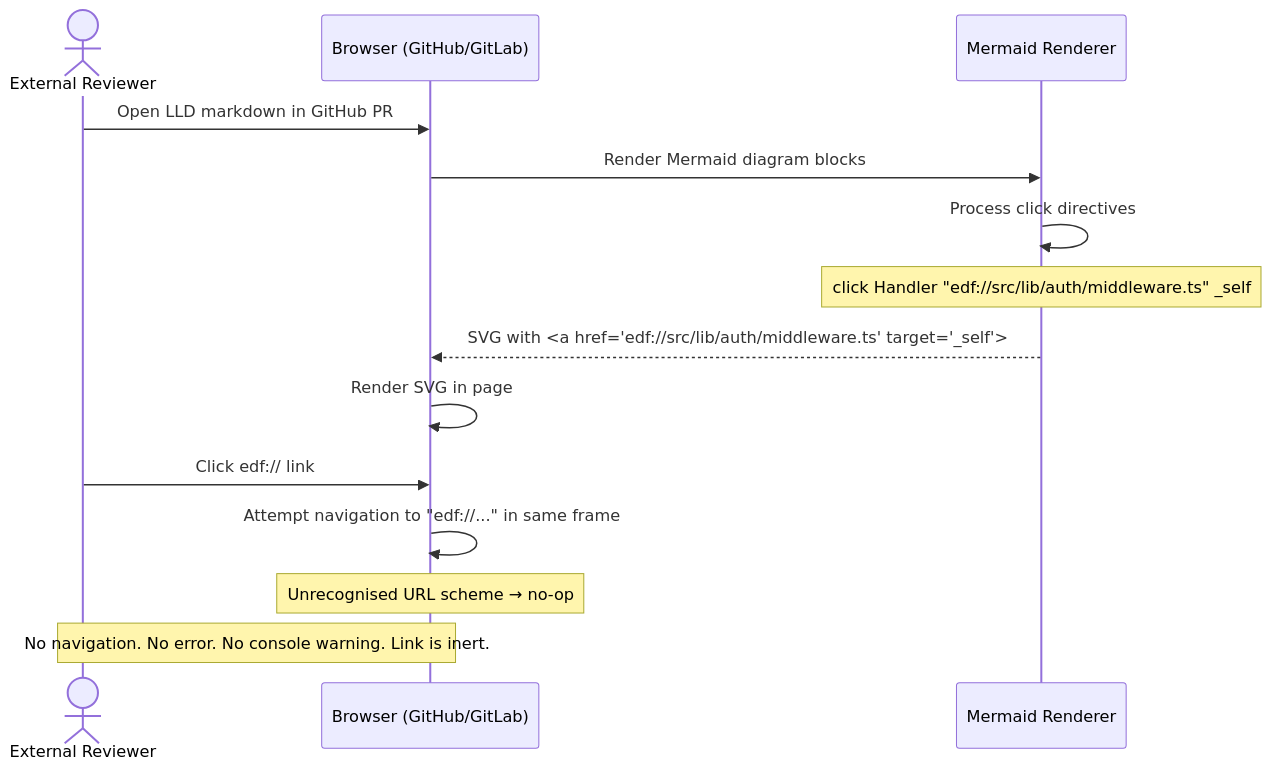
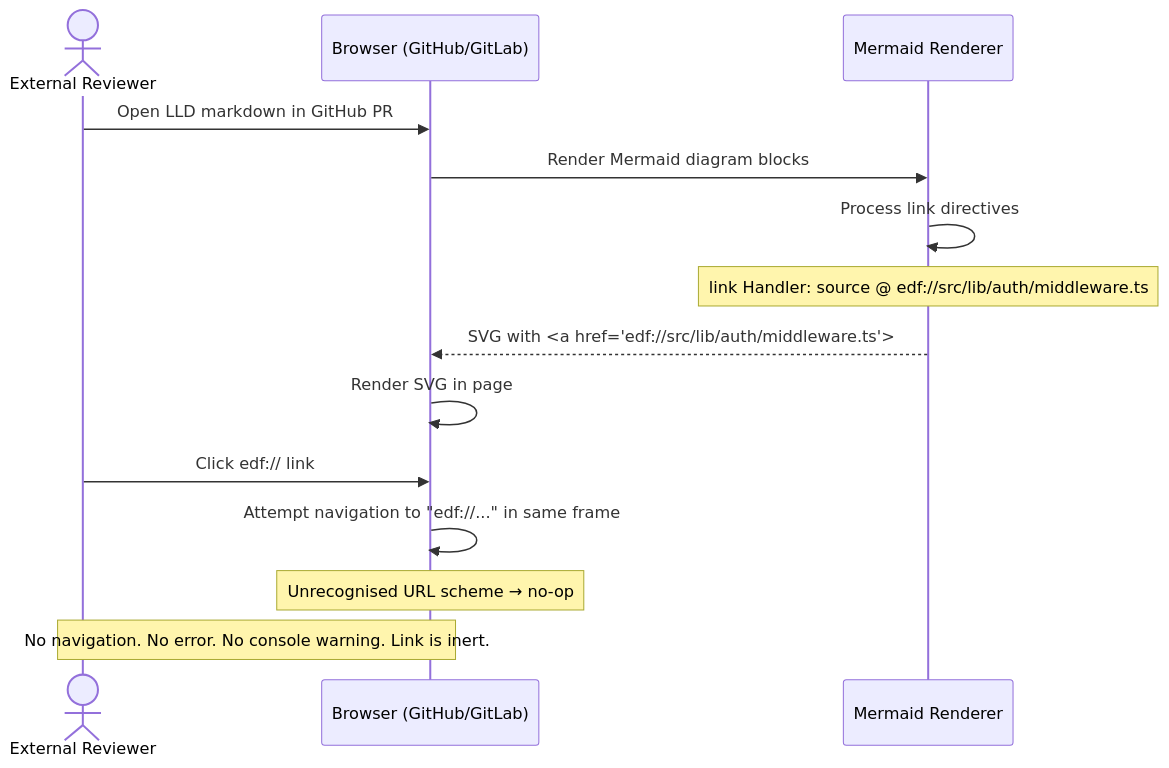
One commit to mironyx/engineering-delivery-framework changed the sixth of 7 diagrams in plugins/edf/docs/design/v1/v1-design.md. Above: the diagram before and after it, drawn with Mermaid. The commit also changed other lines of this file and 3 other files, not shown here.

First line of the commit message:
docs: reconcile v1 artefacts with verified Mermaid reality

````diff
--- a/plugins/edf/docs/design/v1/v1-design.md
+++ b/plugins/edf/docs/design/v1/v1-design.md
@@ -501,17 +500,17 @@
 ```mermaid
 sequenceDiagram
     actor ExtReviewer as External Reviewer
     participant Browser as Browser (GitHub/GitLab)
     participant Mermaid as Mermaid Renderer
 
     ExtReviewer->>Browser: Open LLD markdown in GitHub PR
     Browser->>Mermaid: Render Mermaid diagram blocks
-    Mermaid->>Mermaid: Process click directives
-    Note over Mermaid: click Handler "edf://src/lib/auth/middleware.ts" _self
-    Mermaid-->>Browser: SVG with <a href="edf://src/lib/auth/middleware.ts" target="_self">
+    Mermaid->>Mermaid: Process link directives
+    Note over Mermaid: link Handler: source @ edf://src/lib/auth/middleware.ts
+    Mermaid-->>Browser: SVG with <a href="edf://src/lib/auth/middleware.ts">
     Browser->>Browser: Render SVG in page
     ExtReviewer->>Browser: Click edf:// link
     Browser->>Browser: Attempt navigation to "edf://..." in same frame
     Note over Browser: Unrecognised URL scheme → no-op
     Note over ExtReviewer,Browser: No navigation. No error. No console warning. Link is inert.
 ```
````
